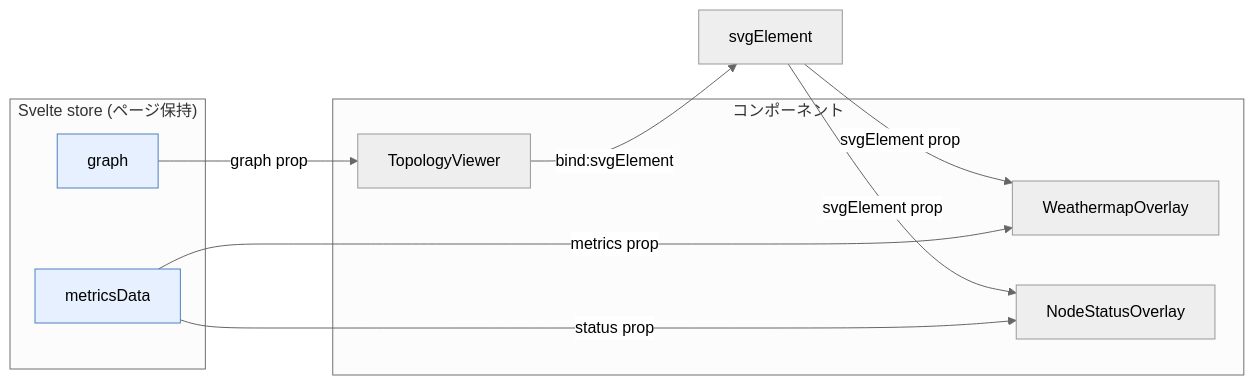
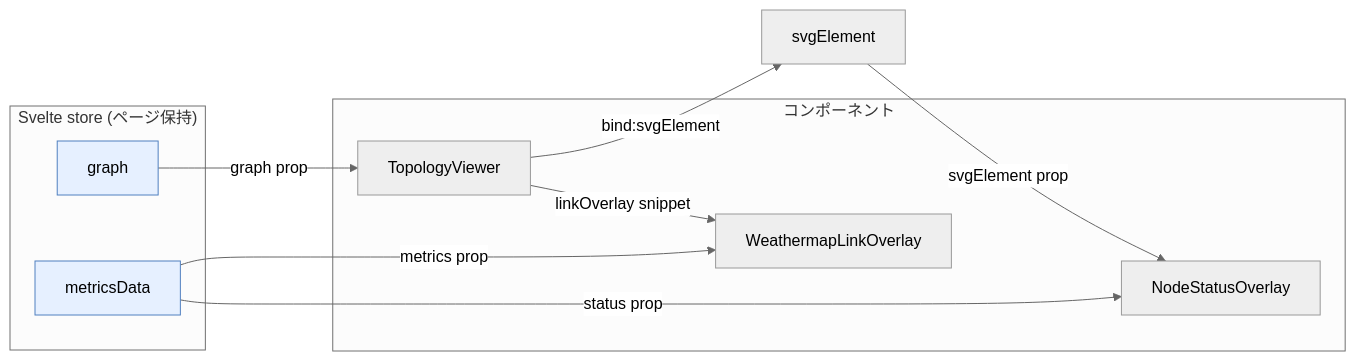
One commit to konoe-akitoshi/shumoku changed the fifth of 6 diagrams in apps/server/docs/topology-rendering.md. Above: the diagram before and after it, drawn with Mermaid (neutral theme). The commit also changed other lines of this file and 18 other files, not shown here.

````diff
--- a/apps/server/docs/topology-rendering.md
+++ b/apps/server/docs/topology-rendering.md
@@ -315,25 +330,25 @@
 ```mermaid
 flowchart LR
   subgraph STORE["Svelte store (ページ保持)"]
     G[graph]
     M[metricsData]
   end
 
   subgraph COMP["コンポーネント"]
     TV[TopologyViewer]
-    WMO[WeathermapOverlay]
+    WML[WeathermapLinkOverlay]
     NSO[NodeStatusOverlay]
   end
 
   SVG["svgElement"]
 
   G -->|graph prop| TV
   TV -->|bind:svgElement| SVG
-  SVG -->|svgElement prop| WMO
+  TV -->|linkOverlay snippet| WML
   SVG -->|svgElement prop| NSO
-  M -->|metrics prop| WMO
+  M -->|metrics prop| WML
   M -->|status prop| NSO
 
   classDef store fill:#e6f0ff,stroke:#5080c0
   class G,M store
 ```
````
